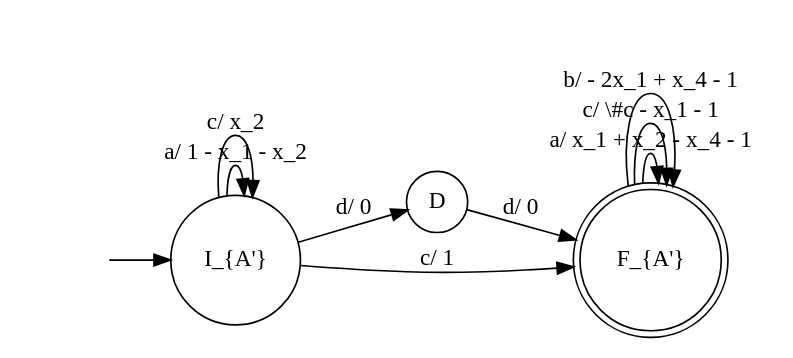
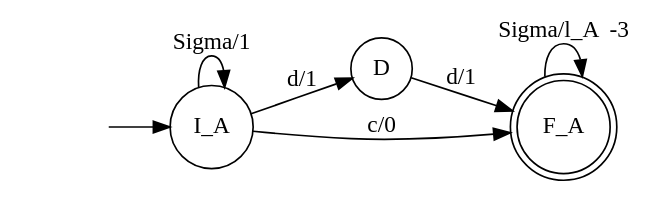
Before and after one commit to amandasystems/incremental-parikh-images: the diagram in a_annotated.dot, drawn with Graphviz. The commit also changed 9 other files, not shown here.

```diff
--- a/a_annotated.dot
+++ b/a_annotated.dot
@@ -1,15 +1,12 @@
 digraph Automaton {rankdir = LR;
 initial [shape=plaintext,label=""];
-initial -> Ia;
+initial -> I_A;
 D [shape=circle,label="D"];
-D -> Fa [label="d/ 0"]
-Fa [shape=doublecircle,label="F_{A'}"];
-Fa -> Fa [label="a/ x_1 + x_2 - x_4 - 1"]
-Fa -> Fa [label="c/ \\#c - x_1 - 1"]
-Fa -> Fa [label="b/ - 2x_1 + x_4 - 1"]
-Ia [shape=circle,label="I_{A'}"];
-Ia -> Ia [label="a/ 1 - x_1 - x_2"]
-Ia -> Ia [label="c/ x_2"]
-Ia -> Fa [label="c/ 1"]
-Ia -> D [label="d/ 0"]
+D -> F_A [label="d/1"]
+F_A [shape=doublecircle,label="F_A"];
+F_A -> F_A [label="\Sigma/l_A  -3"]
+I_A [shape=circle,label="I_A"];
+I_A -> F_A [label="c/0"]
+I_A -> D [label="d/1"]
+I_A -> I_A [label="\Sigma/1"]
 }
```
